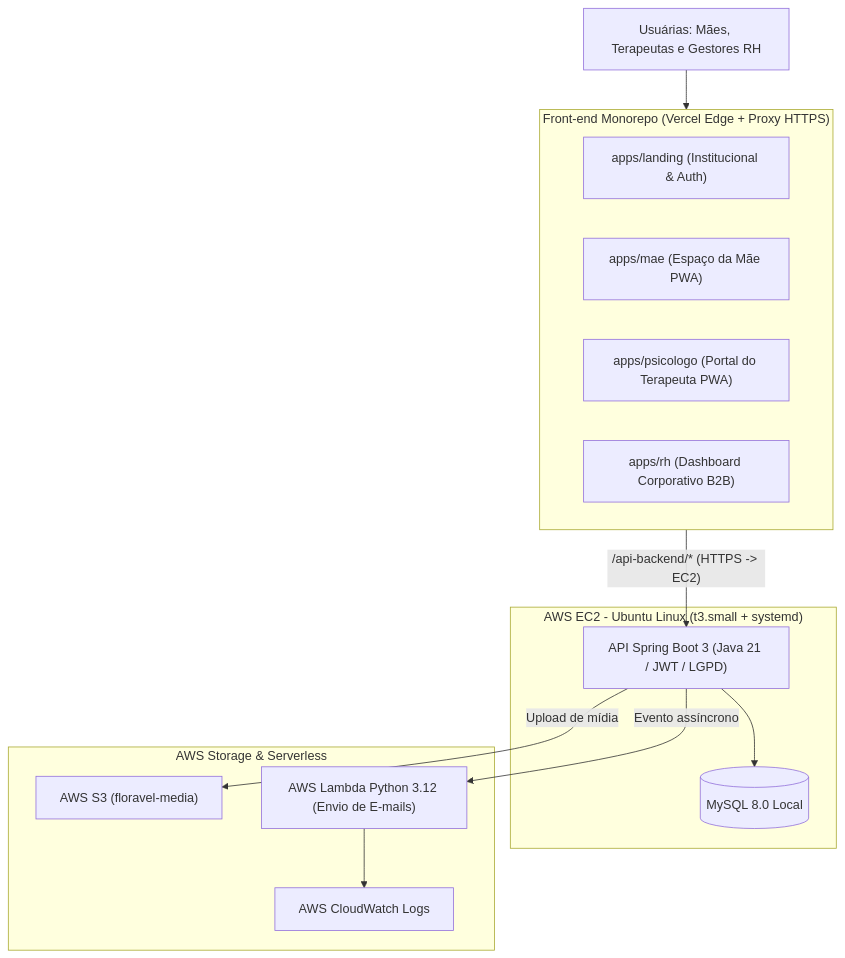
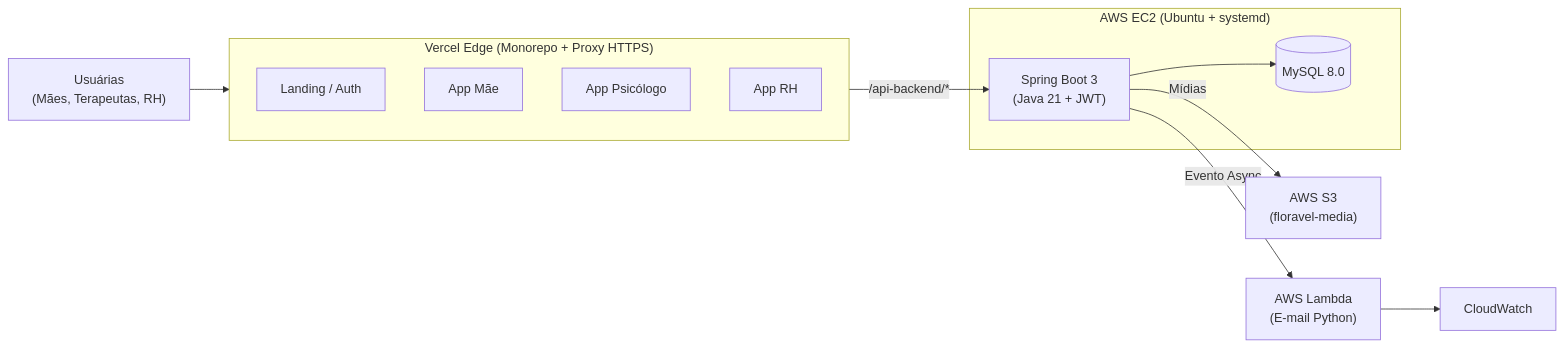
Before and after one commit to Daniellramos09/Froravel-Front: the diagram in README.md, drawn with Mermaid. The commit also changed other lines of this file, not shown here.

Commit message:
docs(readme): melhora visualizacao no GitHub com logos maiores, diagrama horizontal compacto, 3 pilares e contexto emocional

````diff
--- a/README.md
+++ b/README.md
@@ -105,29 +67,20 @@
 ```mermaid
-flowchart TD
-    Users["Usuárias: Mães, Terapeutas e Gestores RH"]
+flowchart LR
+    U["Usuárias\n(Mães, Terapeutas, RH)"] --> V
 
-    subgraph VercelEdge["Front-end Monorepo (Vercel Edge + Proxy HTTPS)"]
-        Landing["apps/landing (Institucional & Auth)"]
-        Mae["apps/mae (Espaço da Mãe PWA)"]
-        Psi["apps/psicologo (Portal do Terapeuta PWA)"]
-        RH["apps/rh (Dashboard Corporativo B2B)"]
+    subgraph V["Vercel Edge (Monorepo + Proxy HTTPS)"]
+        F1["Landing / Auth"]
+        F2["App Mãe"]
+        F3["App Psicólogo"]
+        F4["App RH"]
     end
 
-    subgraph AWSEC2["AWS EC2 - Ubuntu Linux (t3.small + systemd)"]
-        API["API Spring Boot 3 (Java 21 / JWT / LGPD)"]
-        DB[("MySQL 8.0 Local")]
+    V -->|"/api-backend/*"| API
+
+    subgraph EC2["AWS EC2 (Ubuntu + systemd)"]
+        API["Spring Boot 3\n(Java 21 + JWT)"] --> DB[("MySQL 8.0")]
     end
 
-    subgraph AWSServices["AWS Storage & Serverless"]
-        S3["AWS S3 (floravel-media)"]
-        Lambda["AWS Lambda Python 3.12 (Envio de E-mails)"]
-        CW["AWS CloudWatch Logs"]
-    end
-
-    Users --> VercelEdge
-    VercelEdge -->|"/api-backend/* (HTTPS -> EC2)"| API
-    API --> DB
-    API -->|"Upload de mídia"| S3
-    API -->|"Evento assíncrono"| Lambda
-    Lambda --> CW
+    API -->|"Mídias"| S3["AWS S3\n(floravel-media)"]
+    API -->|"Evento Async"| L["AWS Lambda\n(E-mail Python)"] --> CW["CloudWatch"]
 ```
````
